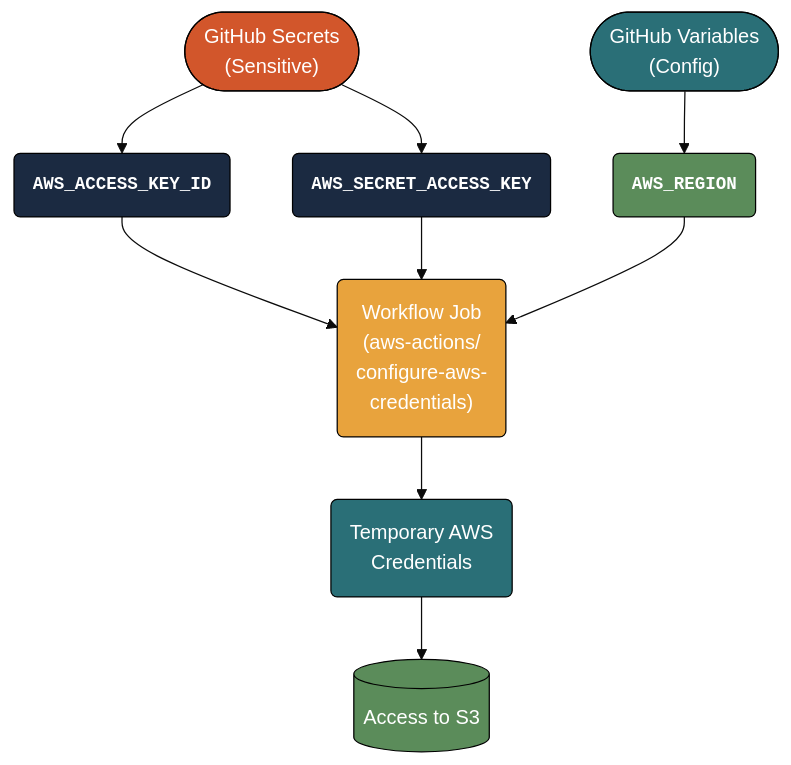
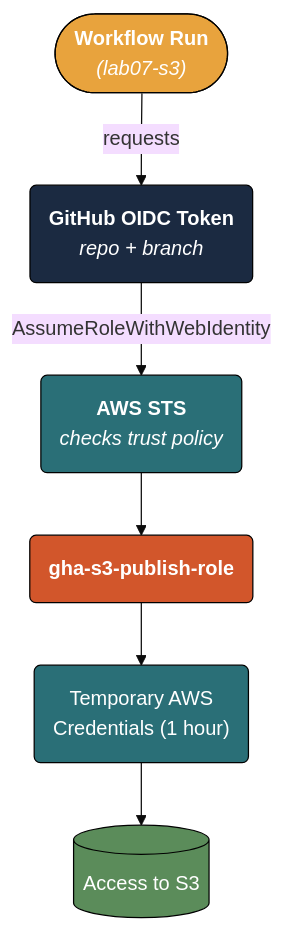
The second of 2 diagrams in gha-s3.qmd (mjfrigaard/do4ds-labs), drawn with Mermaid before and after one commit. The commit also changed other lines of this file and 5 other files, not shown here.

````diff
--- a/gha-s3.qmd
+++ b/gha-s3.qmd
@@ -73,31 +58,27 @@
 ```{mermaid}
-%%| fig-cap: 'GitHub Secrets and Variables Flow'
+%%| fig-cap: 'GitHub OIDC and AWS'
 %%| fig-width: 7.0
 %%| fig-align: 'center'
 %%{init: {'theme': 'base', 'look': 'classic', 'themeVariables': {'fontFamily': 'monospace'}}}%%
 
 graph TD
-    Secrets(["GitHub Secrets<br/>(Sensitive)"])
-    Vars(["GitHub Variables<br/>(Config)"])
+    Run(["<strong>Workflow Run</strong><br/><em>(lab07-s3)</em>"])
+    Token("<strong>GitHub OIDC Token</strong><br/><em>repo + branch</em>")
+    STS("<strong>AWS STS</strong><br/><em>checks trust policy</em>")
+    Role("<strong>gha-s3-publish-role</strong>")
+    Creds("Temporary AWS<br/>Credentials (1 hour)")
+    Access[("Access to S3")]
 
-    Secrets --> AccessKey("<strong>AWS_ACCESS_KEY_ID</strong>")
-    Secrets --> SecretKey("<strong>AWS_SECRET_ACCESS_KEY</strong>")
-    Vars --> Region("<strong>AWS_REGION</strong>")
+    Run --"requests"--> Token
+    Token --"AssumeRoleWithWebIdentity"--> STS
+    STS --> Role
+    Role --> Creds
+    Creds --> Access
 
-    AccessKey --> Workflow("Workflow Job<br/>(aws-actions/<br>configure-aws-<br>credentials)")
-    SecretKey --> Workflow
-    Region --> Workflow
-
-    Workflow --> S3("Temporary AWS<br/>Credentials")
-    S3 --> Access[("Access to S3")]
-
-    style Secrets fill:#D2562B,stroke:#000000,stroke-width:1px,color:#ffffff
-    style Vars fill:#2A6F77,stroke:#000000,stroke-width:1px,color:#ffffff
-    style AccessKey fill:#1B2A41,stroke:#000000,stroke-width:1px,font-size:14px,text-align:center,font-family:monospace,color:#ffffff
-    style SecretKey fill:#1B2A41,stroke:#000000,stroke-width:1px,font-size:14px,text-align:center,font-family:monospace,color:#ffffff
-    style Region fill:#5B8C5A,stroke:#000000,stroke-width:1px,font-size:14px,text-align:center,font-family:monospace,color:#ffffff
-    style Workflow fill:#E8A33D,stroke:#000000,stroke-width:1px,color:#ffffff
-    style S3 fill:#2A6F77,stroke:#000000,stroke-width:1px,color:#ffffff
+    style Run fill:#E8A33D,stroke:#000000,stroke-width:1px,color:#ffffff
+    style Token fill:#1B2A41,stroke:#000000,stroke-width:1px,color:#ffffff
+    style STS fill:#2A6F77,stroke:#000000,stroke-width:1px,color:#ffffff
+    style Role fill:#D2562B,stroke:#000000,stroke-width:1px,color:#ffffff
+    style Creds fill:#2A6F77,stroke:#000000,stroke-width:1px,color:#ffffff
     style Access fill:#5B8C5A,stroke:#000000,stroke-width:1px,color:#ffffff
-
 ```
````
